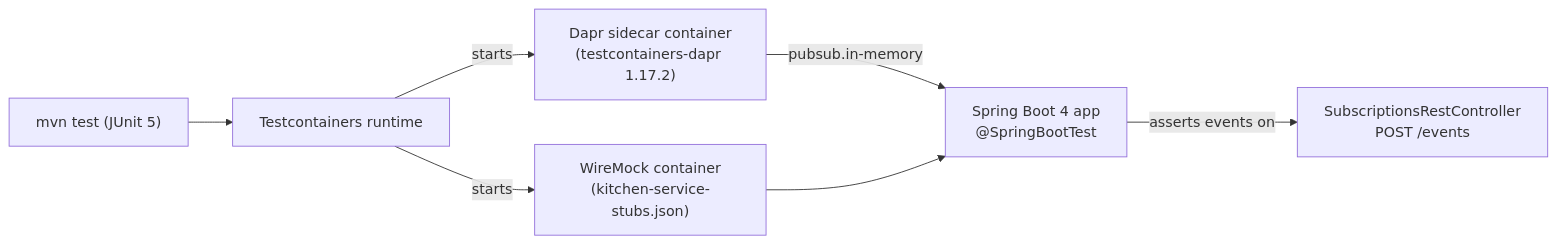
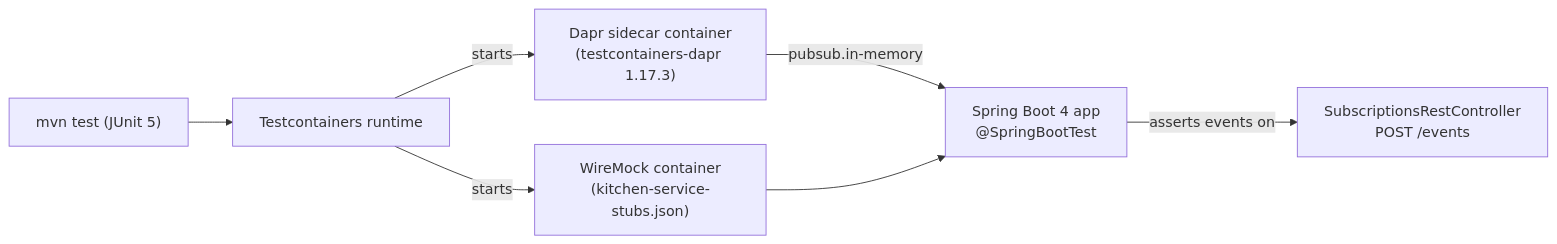
Before and after one commit to AndriyKalashnykov/dapr-java: the third of 3 diagrams in README.md, drawn with Mermaid. The commit also changed other lines of this file and 4 other files, not shown here.

````diff
--- a/README.md
+++ b/README.md
@@ -214,9 +214,9 @@
 ```mermaid
 flowchart LR
   mvn["mvn test (JUnit 5)"] --> tc["Testcontainers runtime"]
-  tc -->|starts| dapr["Dapr sidecar container<br/>(testcontainers-dapr 1.17.2)"]
+  tc -->|starts| dapr["Dapr sidecar container<br/>(testcontainers-dapr 1.17.3)"]
   tc -->|starts| wm["WireMock container<br/>(kitchen-service-stubs.json)"]
   dapr -->|pubsub.in-memory| app["Spring Boot 4 app<br/>@SpringBootTest"]
   wm --> app
   app -->|asserts events on| sub["SubscriptionsRestController<br/>POST /events"]
 ```
````
